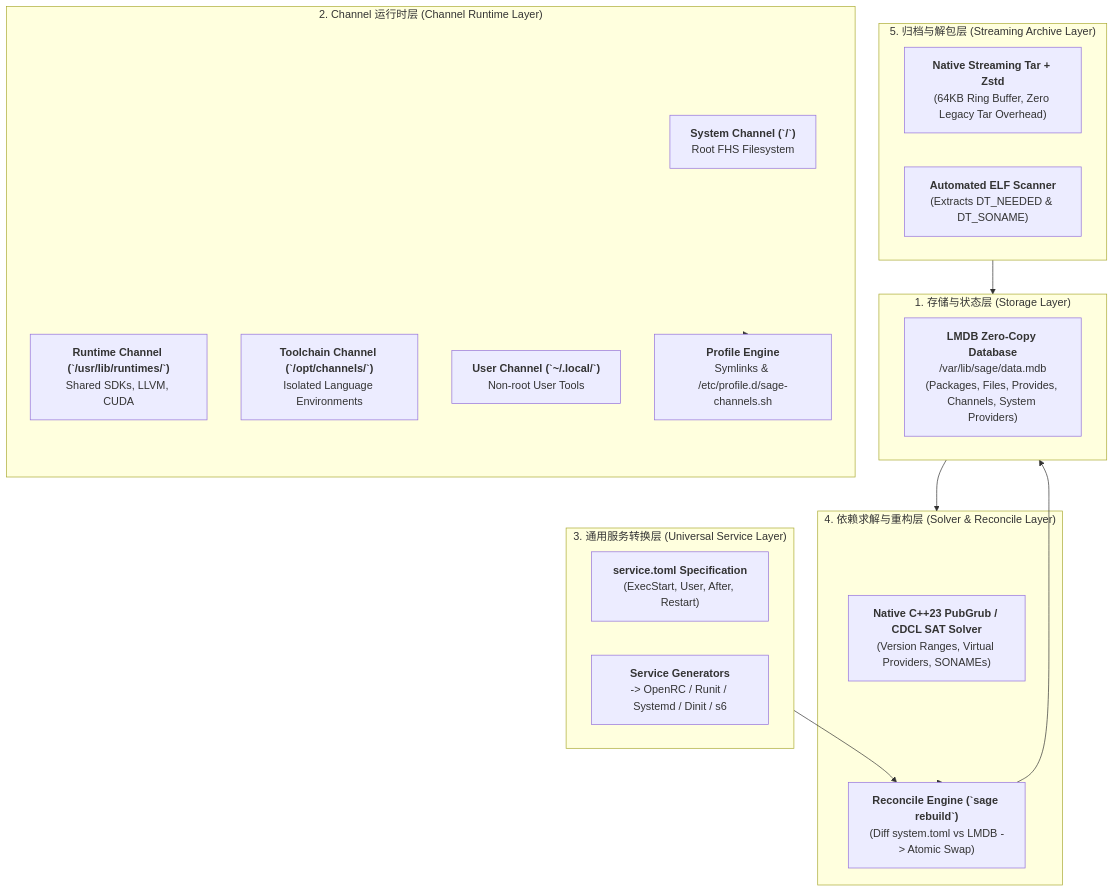
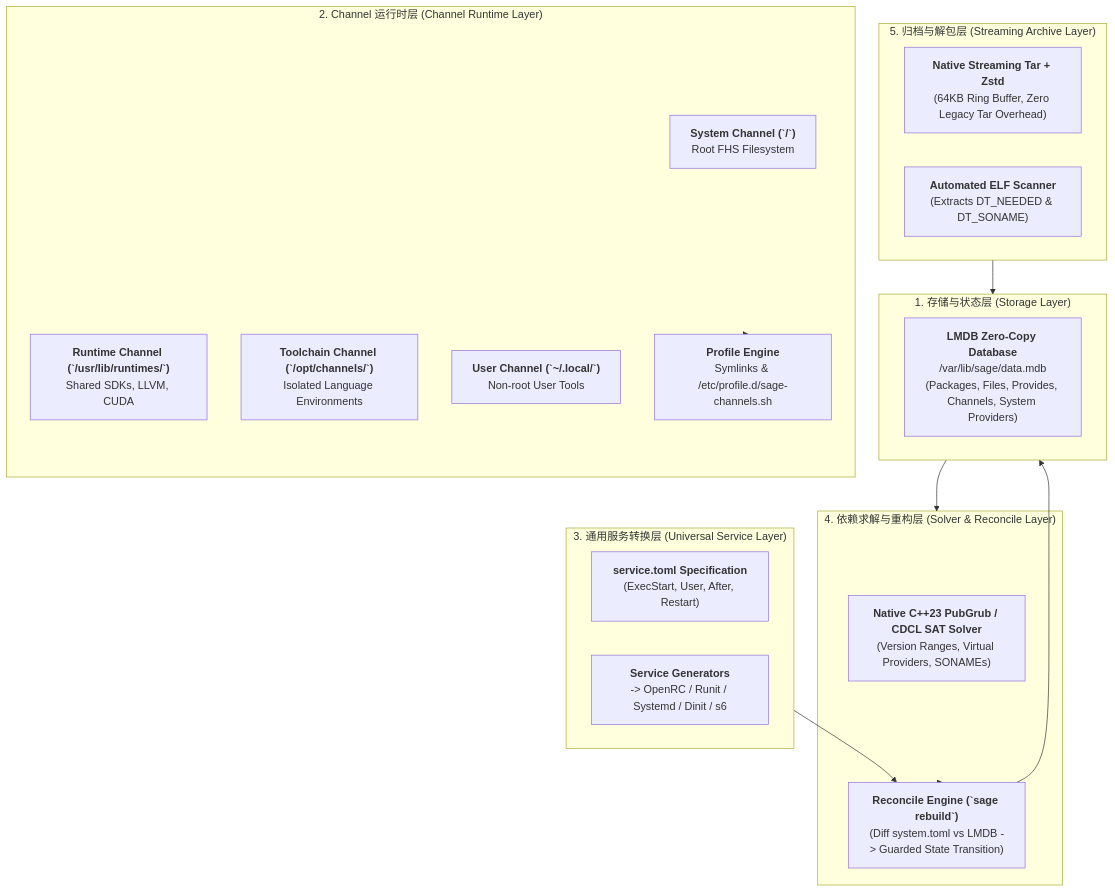
Before and after one commit to antinomie1/sage: the diagram in docs/ARCHITECTURE.md, drawn with Mermaid. The commit also changed 4 other files, not shown here.

````diff
--- a/docs/ARCHITECTURE.md
+++ b/docs/ARCHITECTURE.md
@@ -13,36 +13,36 @@
 ```mermaid
 graph TB
     subgraph StorageLayer["1. 存储与状态层 (Storage Layer)"]
         LMDB["<b>LMDB Zero-Copy Database</b><br/>/var/lib/sage/data.mdb<br/>(Packages, Files, Provides, Channels, System Providers)"]
     end
 
     subgraph ChannelLayer["2. Channel 运行时层 (Channel Runtime Layer)"]
         SysChannel["<b>System Channel (`/`)</b><br/>Root FHS Filesystem"]
         RuntimeChannel["<b>Runtime Channel (`/usr/lib/runtimes/`)</b><br/>Shared SDKs, LLVM, CUDA"]
         ToolchainChannel["<b>Toolchain Channel (`/opt/channels/`)</b><br/>Isolated Language Environments"]
         UserChannel["<b>User Channel (`~/.local/`)</b><br/>Non-root User Tools"]
         ProfileEngine["<b>Profile Engine</b><br/>Symlinks & /etc/profile.d/sage-channels.sh"]
     end
 
     subgraph ServiceLayer["3. 通用服务转换层 (Universal Service Layer)"]
         ServiceDef["<b>service.toml Specification</b><br/>(ExecStart, User, After, Restart)"]
         Generators["<b>Service Generators</b><br/>-> OpenRC / Runit / Systemd / Dinit / s6"]
     end
 
     subgraph SolverLayer["4. 依赖求解与重构层 (Solver & Reconcile Layer)"]
         PubGrub["<b>Native C++23 PubGrub / CDCL SAT Solver</b><br/>(Version Ranges, Virtual Providers, SONAMEs)"]
-        RebuildEngine["<b>Reconcile Engine (`sage rebuild`)</b><br/>(Diff system.toml vs LMDB -> Atomic Swap)"]
+        RebuildEngine["<b>Reconcile Engine (`sage rebuild`)</b><br/>(Diff system.toml vs LMDB -> Guarded State Transition)"]
     end
 
     subgraph ArchiveLayer["5. 归档与解包层 (Streaming Archive Layer)"]
         Archive["<b>Native Streaming Tar + Zstd</b><br/>(64KB Ring Buffer, Zero Legacy Tar Overhead)"]
         ELFScanner["<b>Automated ELF Scanner</b><br/>(Extracts DT_NEEDED & DT_SONAME)"]
     end
 
     StorageLayer --> SolverLayer
     ChannelLayer --> ProfileEngine
     ServiceLayer --> RebuildEngine
     SolverLayer --> RebuildEngine
     ArchiveLayer --> StorageLayer
     RebuildEngine --> StorageLayer
 ```
````
